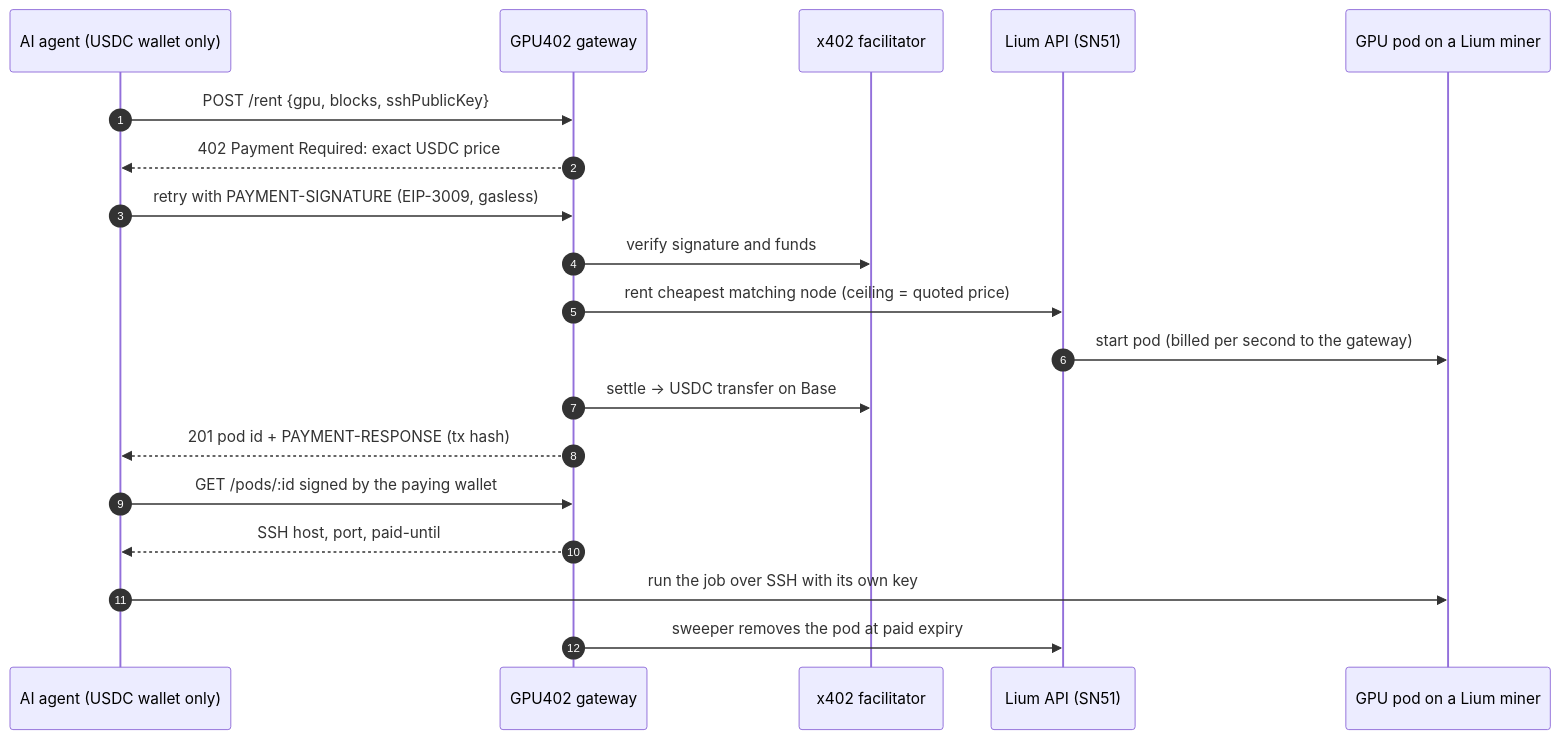
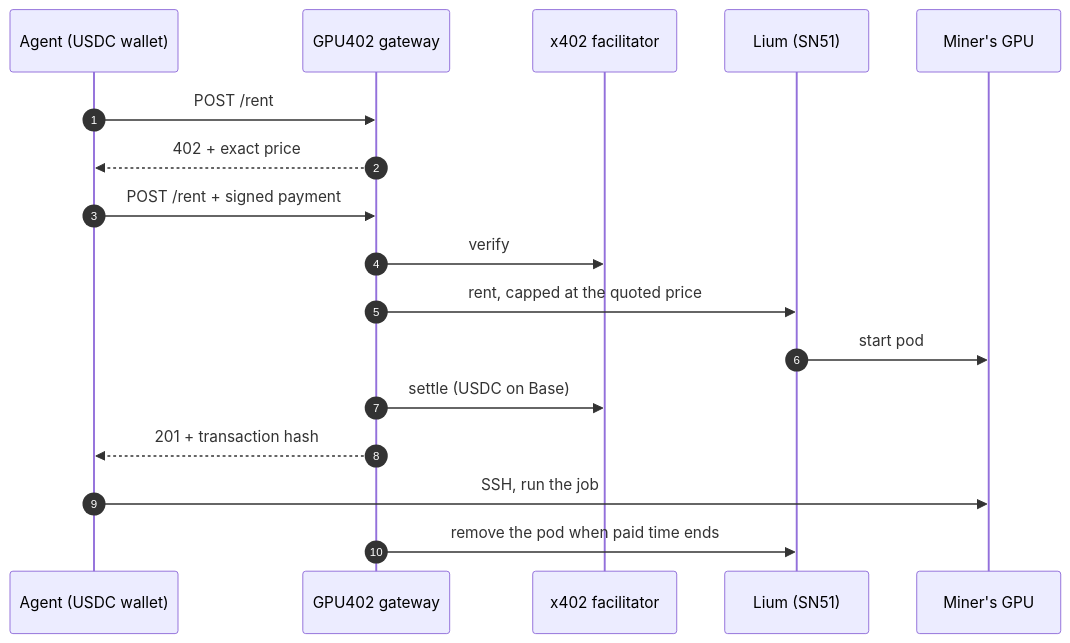
The diagram in README.md (GPU402/gpu402), drawn with Mermaid before and after one commit. The commit also changed other lines of this file, not shown here.

````diff
--- a/README.md
+++ b/README.md
@@ -54,21 +90,19 @@
 ```mermaid
 sequenceDiagram
   autonumber
-  participant A as AI agent (USDC wallet only)
+  participant A as Agent (USDC wallet)
   participant G as GPU402 gateway
   participant F as x402 facilitator
-  participant L as Lium API (SN51)
-  participant M as GPU pod on a Lium miner
-  A->>G: POST /rent {gpu, blocks, sshPublicKey}
-  G-->>A: 402 Payment Required: exact USDC price
-  A->>G: retry with PAYMENT-SIGNATURE (EIP-3009, gasless)
-  G->>F: verify signature and funds
-  G->>L: rent cheapest matching node (ceiling = quoted price)
-  L->>M: start pod (billed per second to the gateway)
-  G->>F: settle → USDC transfer on Base
-  G-->>A: 201 pod id + PAYMENT-RESPONSE (tx hash)
-  A->>G: GET /pods/:id signed by the paying wallet
-  G-->>A: SSH host, port, paid-until
-  A->>M: run the job over SSH with its own key
-  G->>L: sweeper removes the pod at paid expiry
+  participant L as Lium (SN51)
+  participant M as Miner's GPU
+  A->>G: POST /rent
+  G-->>A: 402 + exact price
+  A->>G: POST /rent + signed payment
+  G->>F: verify
+  G->>L: rent, capped at the quoted price
+  L->>M: start pod
+  G->>F: settle (USDC on Base)
+  G-->>A: 201 + transaction hash
+  A->>M: SSH, run the job
+  G->>L: remove the pod when paid time ends
 ```
````
